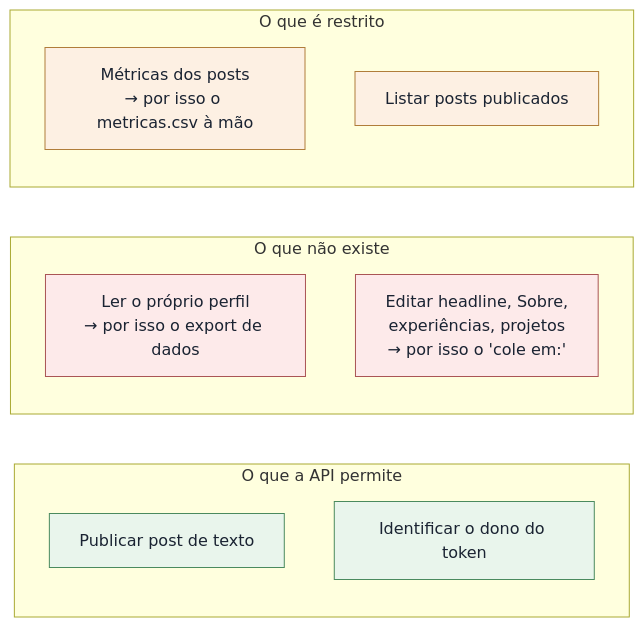
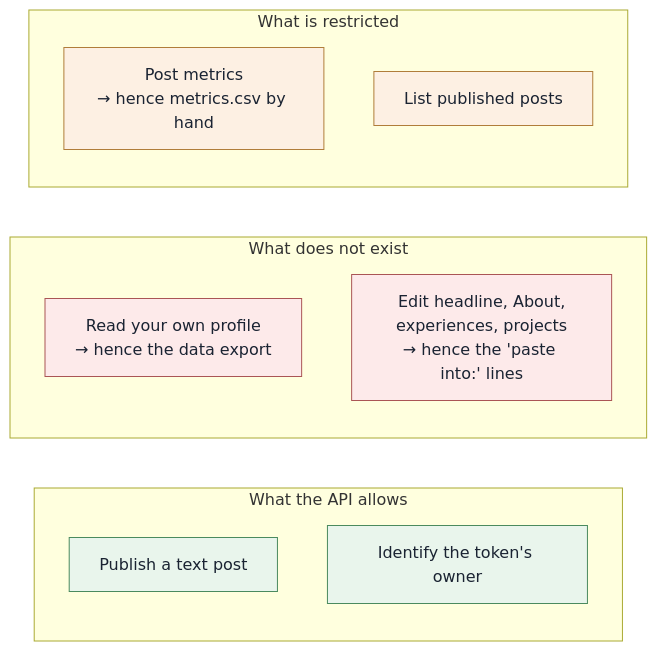
The fifth of 5 diagrams in docs/mindmap.md (gabrantoniette/linkedin-growth-agents), drawn with Mermaid before and after one commit. The commit also changed other lines of this file and 48 other files, not shown here.

````diff
--- a/docs/mindmap.md
+++ b/docs/mindmap.md
@@ -281,24 +281,24 @@
 ```mermaid
 flowchart LR
-    subgraph OK["O que a API permite"]
-        P1["Publicar post de texto"]
-        P2["Identificar o dono do token"]
+    subgraph OK["What the API allows"]
+        P1["Publish a text post"]
+        P2["Identify the token's owner"]
     end
 
-    subgraph NAO["O que não existe"]
-        N1["Ler o próprio perfil<br/>→ por isso o export de dados"]
-        N2["Editar headline, Sobre,<br/>experiências, projetos<br/>→ por isso o 'cole em:'"]
+    subgraph NONE["What does not exist"]
+        N1["Read your own profile<br/>→ hence the data export"]
+        N2["Edit headline, About,<br/>experiences, projects<br/>→ hence the 'paste into:' lines"]
     end
 
-    subgraph BLOQ["O que é restrito"]
-        B1["Métricas dos posts<br/>→ por isso o metricas.csv à mão"]
-        B2["Listar posts publicados"]
+    subgraph BLOCKED["What is restricted"]
+        B1["Post metrics<br/>→ hence metrics.csv by hand"]
+        B2["List published posts"]
     end
 
     classDef ok fill:#e9f5ec,stroke:#4a8a5e,color:#1a2332
-    classDef nao fill:#fdeaea,stroke:#a55,color:#1a2332
-    classDef bloq fill:#fdf0e3,stroke:#b07d3a,color:#1a2332
+    classDef none fill:#fdeaea,stroke:#a55,color:#1a2332
+    classDef blocked fill:#fdf0e3,stroke:#b07d3a,color:#1a2332
     class P1,P2 ok
-    class N1,N2 nao
-    class B1,B2 bloq
+    class N1,N2 none
+    class B1,B2 blocked
 ```
````
